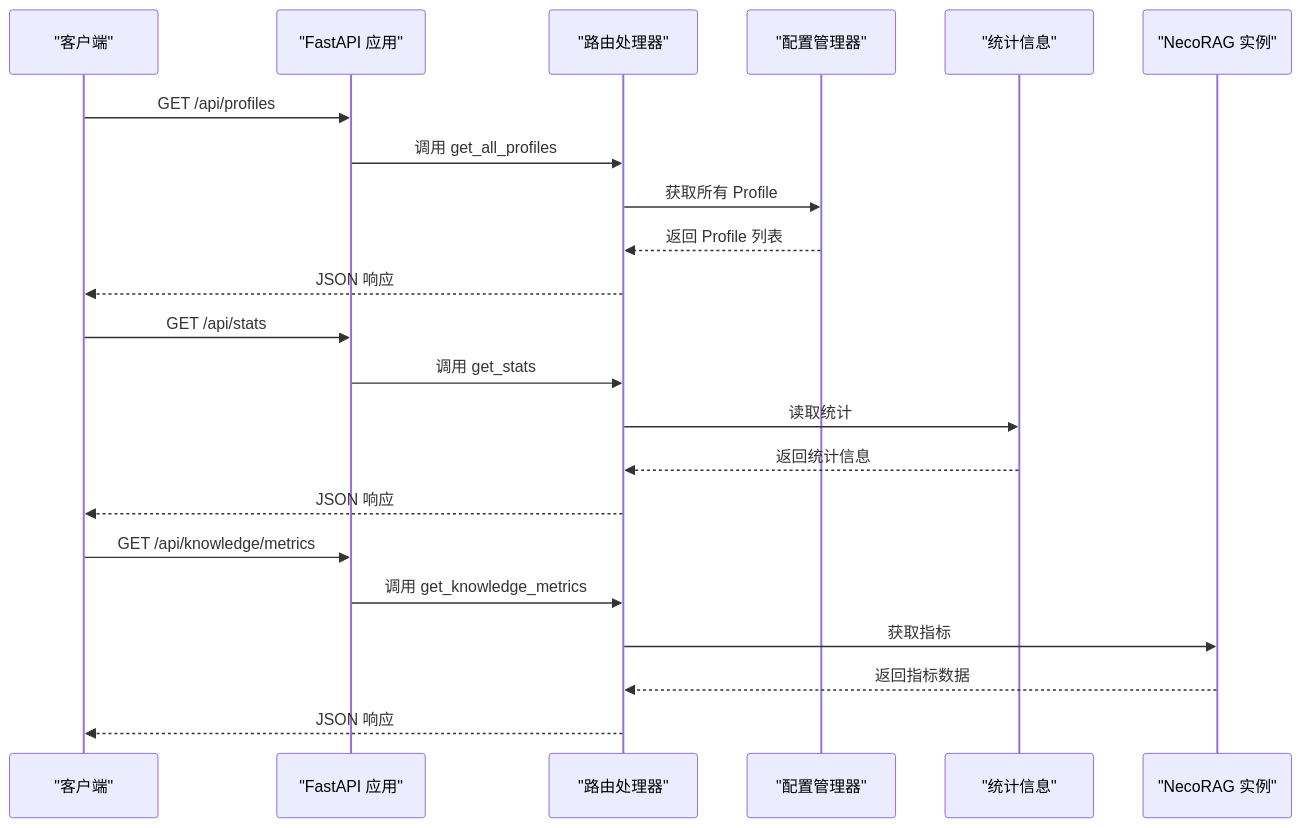
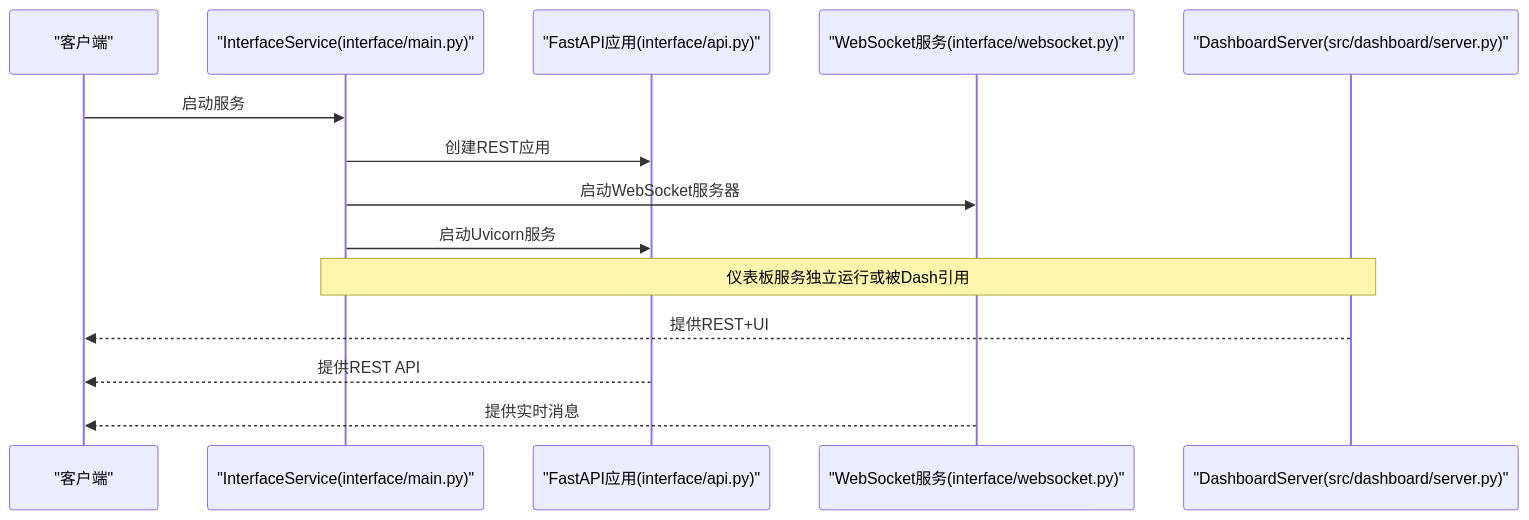
Before and after one commit to JieGaoPrinceton/NecoRAG: the second of 9 diagrams in .qoder/repowiki/zh/content/仪表板系统/Web服务器.md, drawn with Mermaid. The commit also changed other lines of this file and 181 other files, not shown here.

````diff
--- a/.qoder/repowiki/zh/content/仪表板系统/Web服务器.md
+++ b/.qoder/repowiki/zh/content/仪表板系统/Web服务器.md
@@ -137,24 +107,16 @@
 ```mermaid
 sequenceDiagram
 participant Client as "客户端"
-participant API as "FastAPI 应用"
-participant Route as "路由处理器"
-participant CM as "配置管理器"
-participant Stats as "统计信息"
-participant NR as "NecoRAG 实例"
-Client->>API : GET /api/profiles
-API->>Route : 调用 get_all_profiles
-Route->>CM : 获取所有 Profile
-CM-->>Route : 返回 Profile 列表
-Route-->>Client : JSON 响应
-Client->>API : GET /api/stats
-API->>Route : 调用 get_stats
-Route->>Stats : 读取统计
-Stats-->>Route : 返回统计信息
-Route-->>Client : JSON 响应
-Client->>API : GET /api/knowledge/metrics
-API->>Route : 调用 get_knowledge_metrics
-Route->>NR : 获取指标
-NR-->>Route : 返回指标数据
-Route-->>Client : JSON 响应
+participant IFMain as "InterfaceService(interface/main.py)"
+participant APIApp as "FastAPI应用(interface/api.py)"
+participant WS as "WebSocket服务(interface/websocket.py)"
+participant Dash as "DashboardServer(src/dashboard/server.py)"
+Client->>IFMain : 启动服务
+IFMain->>APIApp : 创建REST应用
+IFMain->>WS : 启动WebSocket服务器
+IFMain->>APIApp : 启动Uvicorn服务
+Note over IFMain,Dash : 仪表板服务独立运行或被Dash引用
+Dash-->>Client : 提供REST+UI
+APIApp-->>Client : 提供REST API
+WS-->>Client : 提供实时消息
 ```
````
